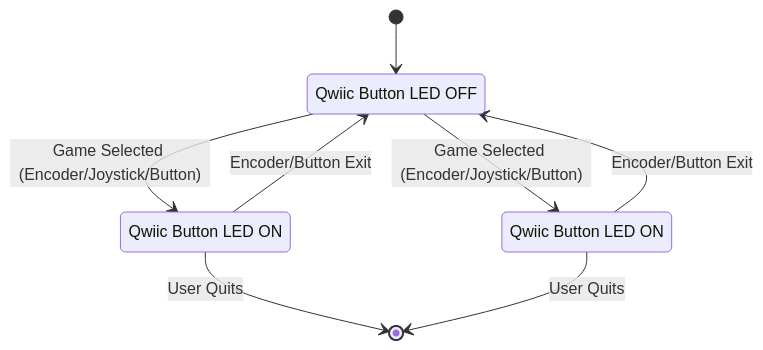
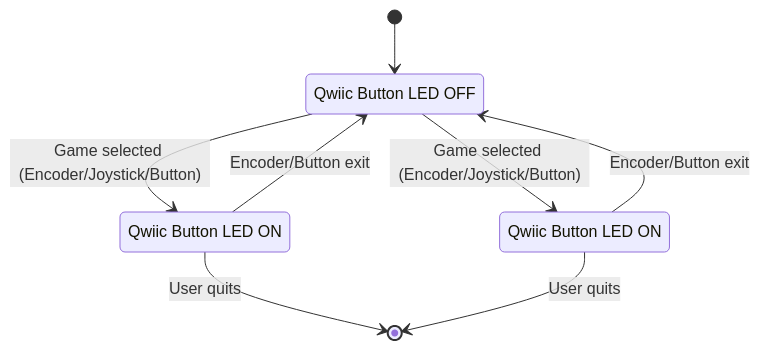
Before and after one commit to ji227/Jesse-Iriah-s-Lab-Hub: the diagram in Lab 4/README.md, drawn with Mermaid. The commit also changed other lines of this file, not shown here.

````diff
--- a/Lab 4/README.md
+++ b/Lab 4/README.md
@@ -180,18 +180,18 @@
 ```mermaid
 stateDiagram-v2
-[*] --> MENU
+	[*] --> MENU
 
-MENU: Qwiic Button LED OFF
+    MENU: Qwiic Button LED OFF
 
-MENU --> GEOMETRY_RUNNER: Game Selected (Encoder/Joystick/Button)
-MENU --> MAZE_GAME: Game Selected (Encoder/Joystick/Button)
+    MENU --> GEOMETRY_RUNNER: Game selected (Encoder/Joystick/Button)
+    MENU --> MAZE_GAME: Game selected (Encoder/Joystick/Button)
 
-GEOMETRY_RUNNER: Qwiic Button LED ON
-MAZE_GAME: Qwiic Button LED ON
+    GEOMETRY_RUNNER: Qwiic Button LED ON
+    MAZE_GAME: Qwiic Button LED ON
 
-GEOMETRY_RUNNER --> MENU: Encoder/Button Exit
-MAZE_GAME --> MENU: Encoder/Button Exit
+    GEOMETRY_RUNNER --> MENU: Encoder/Button exit
+    MAZE_GAME --> MENU: Encoder/Button exit
 
-GEOMETRY_RUNNER --> [*]: User Quits
-MAZE_GAME --> [*]: User Quits
+    GEOMETRY_RUNNER --> [*]: User quits
+    MAZE_GAME --> [*]: User quits
 ```
````
